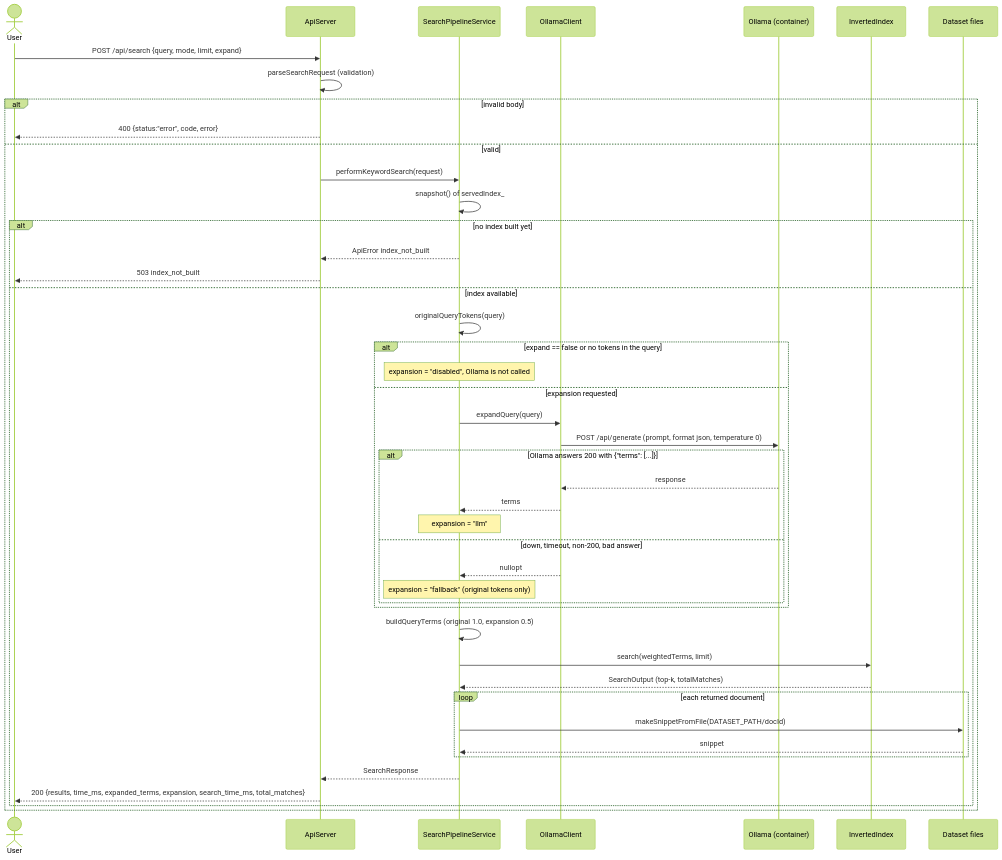
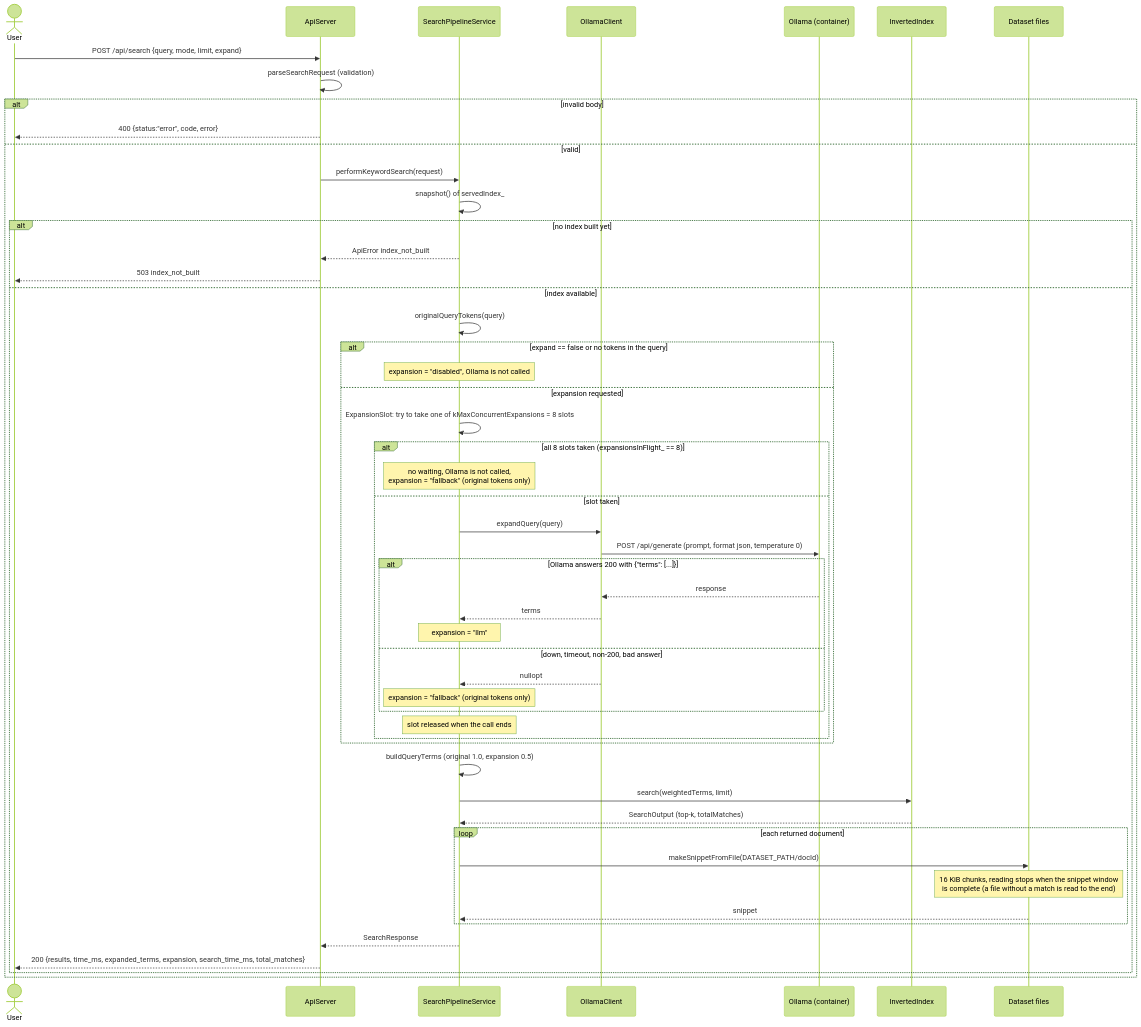
The third of 6 diagrams in docs/uml/README.md (Stalkeroid/OP_Course), drawn with Mermaid (forest theme) before and after one commit. The commit also changed other lines of this file and 5 other files, not shown here.

````diff
--- a/docs/uml/README.md
+++ b/docs/uml/README.md
@@ -342,48 +377,55 @@
 ```mermaid
 sequenceDiagram
   actor User
   participant API as ApiServer
   participant Svc as SearchPipelineService
   participant Oll as OllamaClient
   participant Ollama as Ollama (container)
   participant Idx as InvertedIndex
   participant FS as Dataset files
 
   User->>API: POST /api/search {query, mode, limit, expand}
   API->>API: parseSearchRequest (validation)
   alt invalid body
     API-->>User: 400 {status:"error", code, error}
   else valid
     API->>Svc: performKeywordSearch(request)
     Svc->>Svc: snapshot() of servedIndex_
     alt no index built yet
       Svc-->>API: ApiError index_not_built
       API-->>User: 503 index_not_built
     else index available
       Svc->>Svc: originalQueryTokens(query)
       alt expand == false or no tokens in the query
         Note over Svc: expansion = "disabled", Ollama is not called
       else expansion requested
-        Svc->>Oll: expandQuery(query)
-        Oll->>Ollama: POST /api/generate (prompt, format json, temperature 0)
-        alt Ollama answers 200 with {"terms": [...]}
-          Ollama-->>Oll: response
-          Oll-->>Svc: terms
-          Note over Svc: expansion = "llm"
-        else down, timeout, non-200, bad answer
-          Oll-->>Svc: nullopt
-          Note over Svc: expansion = "fallback" (original tokens only)
+        Svc->>Svc: ExpansionSlot: try to take one of kMaxConcurrentExpansions = 8 slots
+        alt all 8 slots taken (expansionsInFlight_ == 8)
+          Note over Svc: no waiting, Ollama is not called,<br/>expansion = "fallback" (original tokens only)
+        else slot taken
+          Svc->>Oll: expandQuery(query)
+          Oll->>Ollama: POST /api/generate (prompt, format json, temperature 0)
+          alt Ollama answers 200 with {"terms": [...]}
+            Ollama-->>Oll: response
+            Oll-->>Svc: terms
+            Note over Svc: expansion = "llm"
+          else down, timeout, non-200, bad answer
+            Oll-->>Svc: nullopt
+            Note over Svc: expansion = "fallback" (original tokens only)
+          end
+          Note over Svc: slot released when the call ends
         end
       end
       Svc->>Svc: buildQueryTerms (original 1.0, expansion 0.5)
       Svc->>Idx: search(weightedTerms, limit)
       Idx-->>Svc: SearchOutput (top-k, totalMatches)
       loop each returned document
         Svc->>FS: makeSnippetFromFile(DATASET_PATH/docId)
+        Note over FS: 16 KiB chunks, reading stops when the snippet window<br/>is complete (a file without a match is read to the end)
         FS-->>Svc: snippet
       end
       Svc-->>API: SearchResponse
       API-->>User: 200 {results, time_ms, expanded_terms, expansion, search_time_ms, total_matches}
     end
   end
 ```
````
